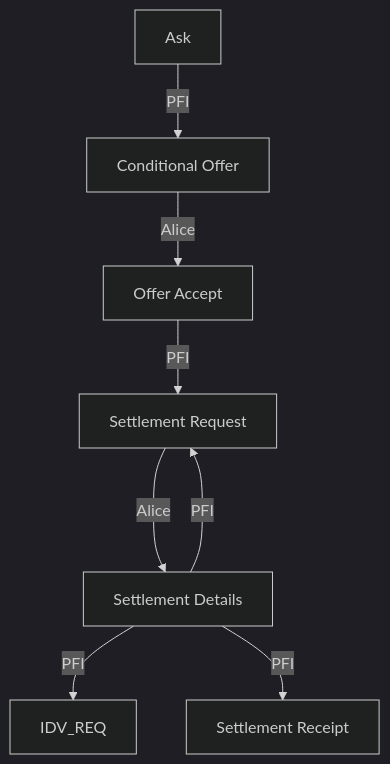
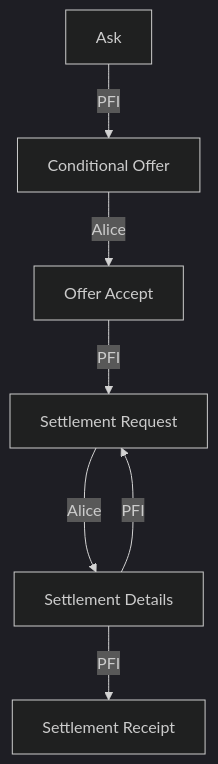
Before and after one commit to TBD54566975/tbdex: the diagram in protocol/README.md, drawn with Mermaid (dark theme). The commit also changed 1 other file, not shown here.

Commit message:
adding links to readme

````diff
--- a/protocol/README.md
+++ b/protocol/README.md
@@ -103,12 +103,11 @@
 ```mermaid
 flowchart TD
     accTitle: State Machine of Message Thread
     accDescr: Possible state sequences for a message thread
     Ask --> |PFI| COND_OFFER[Conditional Offer]
     COND_OFFER --> |Alice| OFFER_ACCEPT[Offer Accept]
     OFFER_ACCEPT --> |PFI| SETTL_REQ[Settlement Request]
     SETTL_REQ --> |Alice| SETTL_DETAIL[Settlement Details]
-    SETTL_DETAIL --> |PFI| IDV_REQ
     SETTL_DETAIL ---> |PFI| SETTL_REQ
     SETTL_DETAIL --> |PFI| SETTL_RECEIPT[Settlement Receipt]
 ```
````
